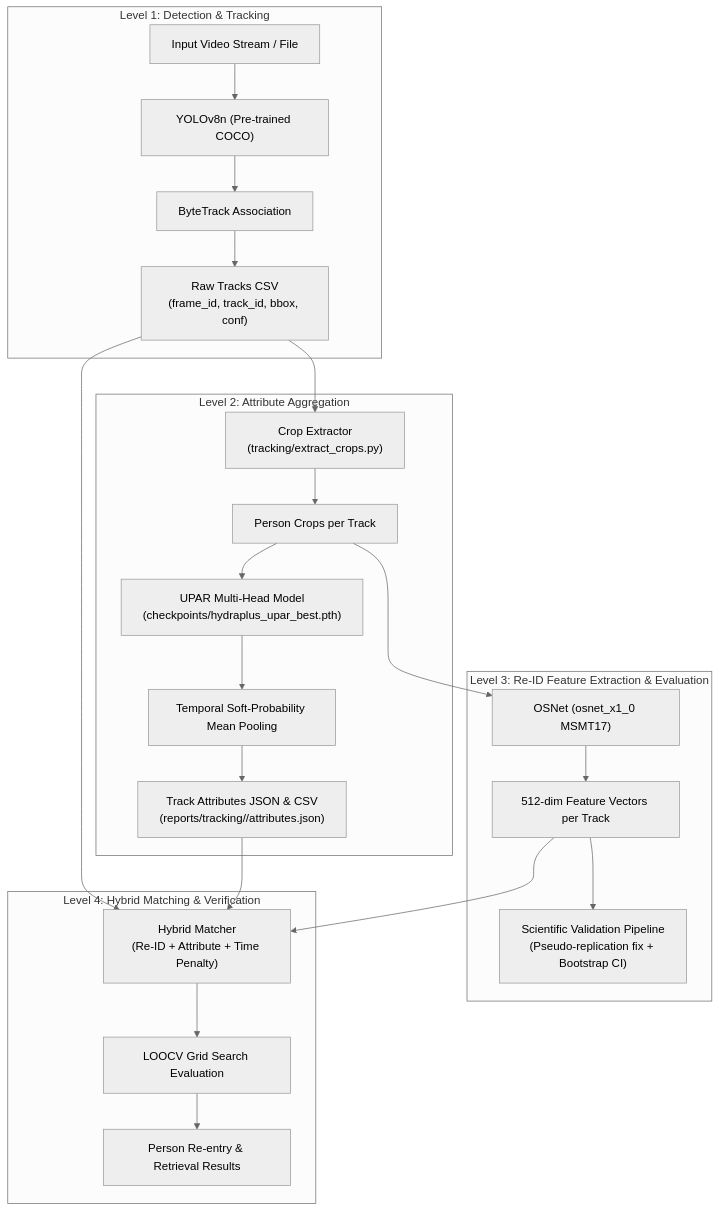
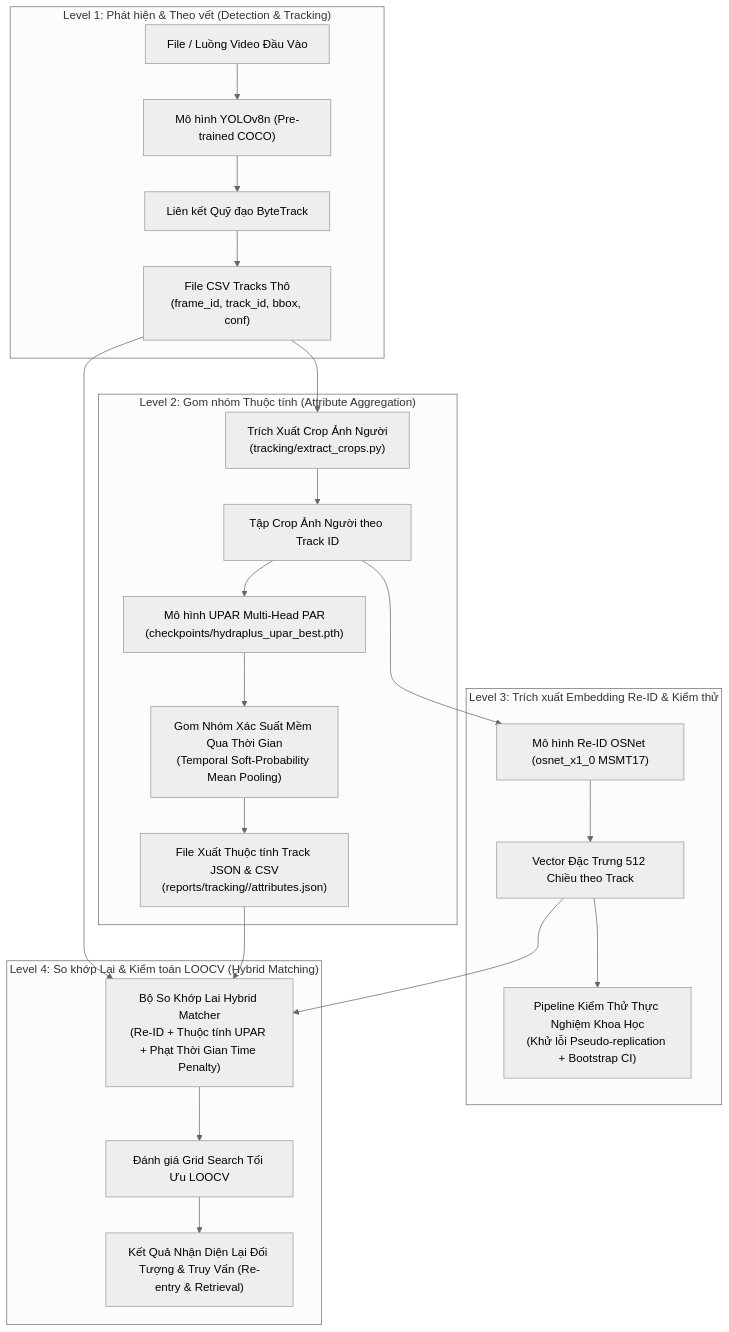
The diagram in tracking/TECHNICAL_REPORT.md (NVAnh050904/CODE-AI-PROJECT), drawn with Mermaid (neutral theme) before and after one commit. The commit also changed 1 other file, not shown here.

Commit message:
docs: translate system pipeline diagrams to Vietnamese

````diff
--- a/tracking/TECHNICAL_REPORT.md
+++ b/tracking/TECHNICAL_REPORT.md
@@ -21,28 +21,28 @@
 ```mermaid
 flowchart TD
-    subgraph L1 ["Level 1: Detection & Tracking"]
-        V["Input Video Stream / File"] --> YOLO["YOLOv8n (Pre-trained COCO)"]
-        YOLO --> BT["ByteTrack Association"]
-        BT --> TCSV["Raw Tracks CSV\n(frame_id, track_id, bbox, conf)"]
+    subgraph L1 ["Level 1: Phát hiện & Theo vết (Detection & Tracking)"]
+        V["File / Luồng Video Đầu Vào"] --> YOLO["Mô hình YOLOv8n (Pre-trained COCO)"]
+        YOLO --> BT["Liên kết Quỹ đạo ByteTrack"]
+        BT --> TCSV["File CSV Tracks Thô\n(frame_id, track_id, bbox, conf)"]
     end
 
-    subgraph L2 ["Level 2: Attribute Aggregation"]
-        TCSV --> Ext["Crop Extractor\n(tracking/extract_crops.py)"]
-        Ext --> Crops["Person Crops per Track"]
-        Crops --> PAR["UPAR Multi-Head Model\n(checkpoints/hydraplus_upar_best.pth)"]
-        PAR --> Pool["Temporal Soft-Probability Mean Pooling"]
-        Pool --> TAttr["Track Attributes JSON & CSV\n(reports/tracking/<ten_video>/attributes.json)"]
+    subgraph L2 ["Level 2: Gom nhóm Thuộc tính (Attribute Aggregation)"]
+        TCSV --> Ext["Trích Xuất Crop Ảnh Người\n(tracking/extract_crops.py)"]
+        Ext --> Crops["Tập Crop Ảnh Người theo Track ID"]
+        Crops --> PAR["Mô hình UPAR Multi-Head PAR\n(checkpoints/hydraplus_upar_best.pth)"]
+        PAR --> Pool["Gom Nhóm Xác Suất Mềm Qua Thời Gian\n(Temporal Soft-Probability Mean Pooling)"]
+        Pool --> TAttr["File Xuất Thuộc tính Track JSON & CSV\n(reports/tracking/<ten_video>/attributes.json)"]
     end
 
-    subgraph L3 ["Level 3: Re-ID Feature Extraction & Evaluation"]
-        Crops --> OSNet["OSNet (osnet_x1_0 MSMT17)"]
-        OSNet --> Emb["512-dim Feature Vectors per Track"]
-        Emb --> EvalReID["Scientific Validation Pipeline\n(Pseudo-replication fix + Bootstrap CI)"]
+    subgraph L3 ["Level 3: Trích xuất Embedding Re-ID & Kiểm thử"]
+        Crops --> OSNet["Mô hình Re-ID OSNet (osnet_x1_0 MSMT17)"]
+        OSNet --> Emb["Vector Đặc Trưng 512 Chiều theo Track"]
+        Emb --> EvalReID["Pipeline Kiểm Thử Thực Nghiệm Khoa Học\n(Khử lỗi Pseudo-replication + Bootstrap CI)"]
     end
 
-    subgraph L4 ["Level 4: Hybrid Matching & Verification"]
-        Emb & TAttr & TCSV --> Hybrid["Hybrid Matcher\n(Re-ID + Attribute + Time Penalty)"]
-        Hybrid --> LOOCV["LOOCV Grid Search Evaluation"]
-        LOOCV --> Final["Person Re-entry & Retrieval Results"]
+    subgraph L4 ["Level 4: So khớp Lai & Kiểm toán LOOCV (Hybrid Matching)"]
+        Emb & TAttr & TCSV --> Hybrid["Bộ So Khớp Lai Hybrid Matcher\n(Re-ID + Thuộc tính UPAR + Phạt Thời Gian Time Penalty)"]
+        Hybrid --> LOOCV["Đánh giá Grid Search Tối Ưu LOOCV"]
+        LOOCV --> Final["Kết Quả Nhận Diện Lại Đối Tượng & Truy Vấn (Re-entry & Retrieval)"]
     end
 ```
````
